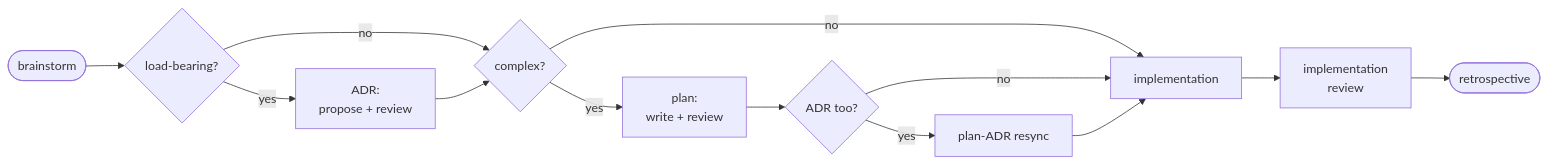
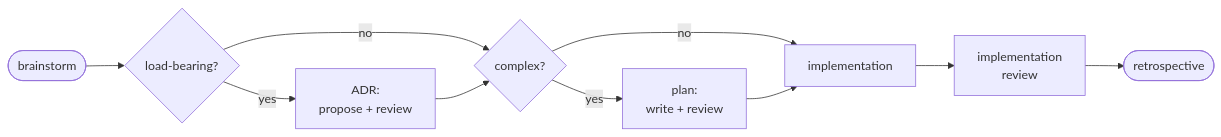
Before and after one commit to hypnotox/agentic-workflows: the first of 2 diagrams in README.md, drawn with Mermaid. The commit also changed other lines of this file and 60 other files, not shown here.

Commit message:
feat(rendering): retire plan resync workflow

````diff
--- a/README.md
+++ b/README.md
@@ -101,15 +104,12 @@
 ```mermaid
 flowchart LR
     B([brainstorm]) --> Q1{load-bearing?}
     Q1 -->|yes| ADR["ADR:<br/>propose + review"]
     Q1 -->|no| Q2{complex?}
     ADR --> Q2
     Q2 -->|yes| PLAN["plan:<br/>write + review"]
     Q2 -->|no| IMPL[implementation]
-    PLAN --> Q3{ADR too?}
-    Q3 -->|yes| RS[plan-ADR resync]
-    Q3 -->|no| IMPL
-    RS --> IMPL
+    PLAN --> IMPL
     IMPL --> REV["implementation<br/>review"]
     REV --> RETRO([retrospective])
 ```
````
